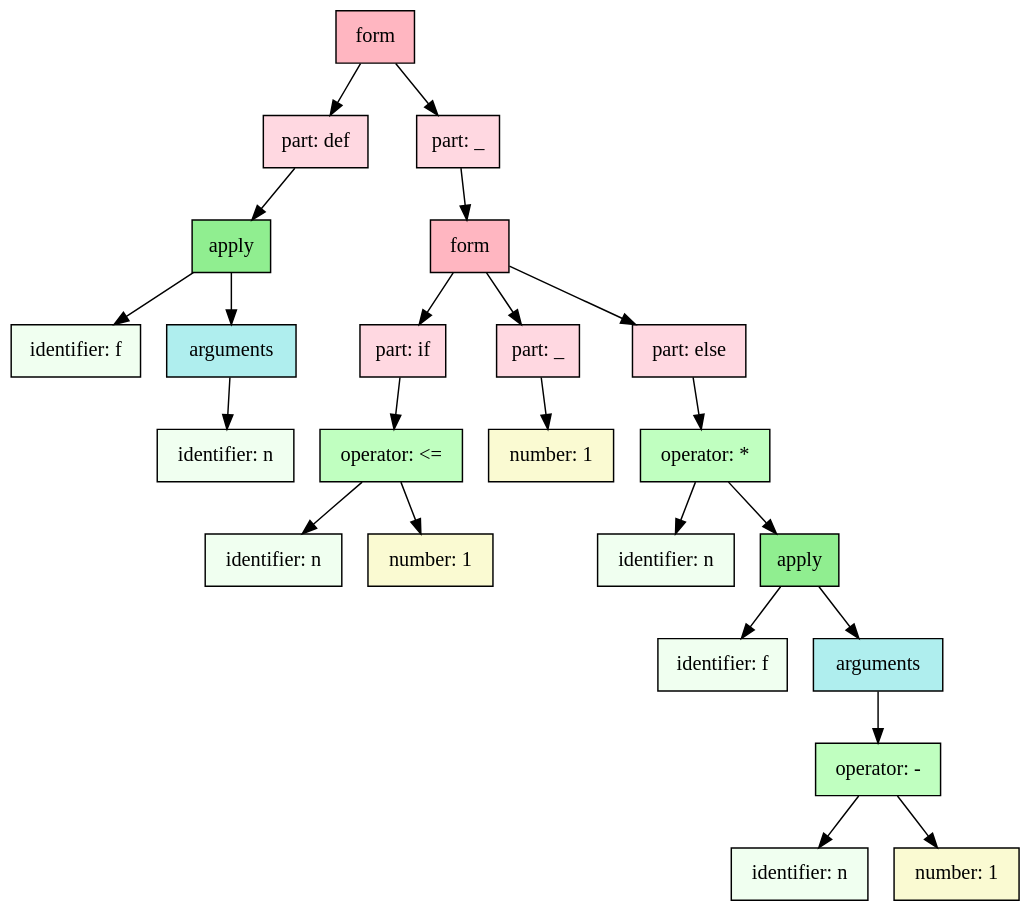
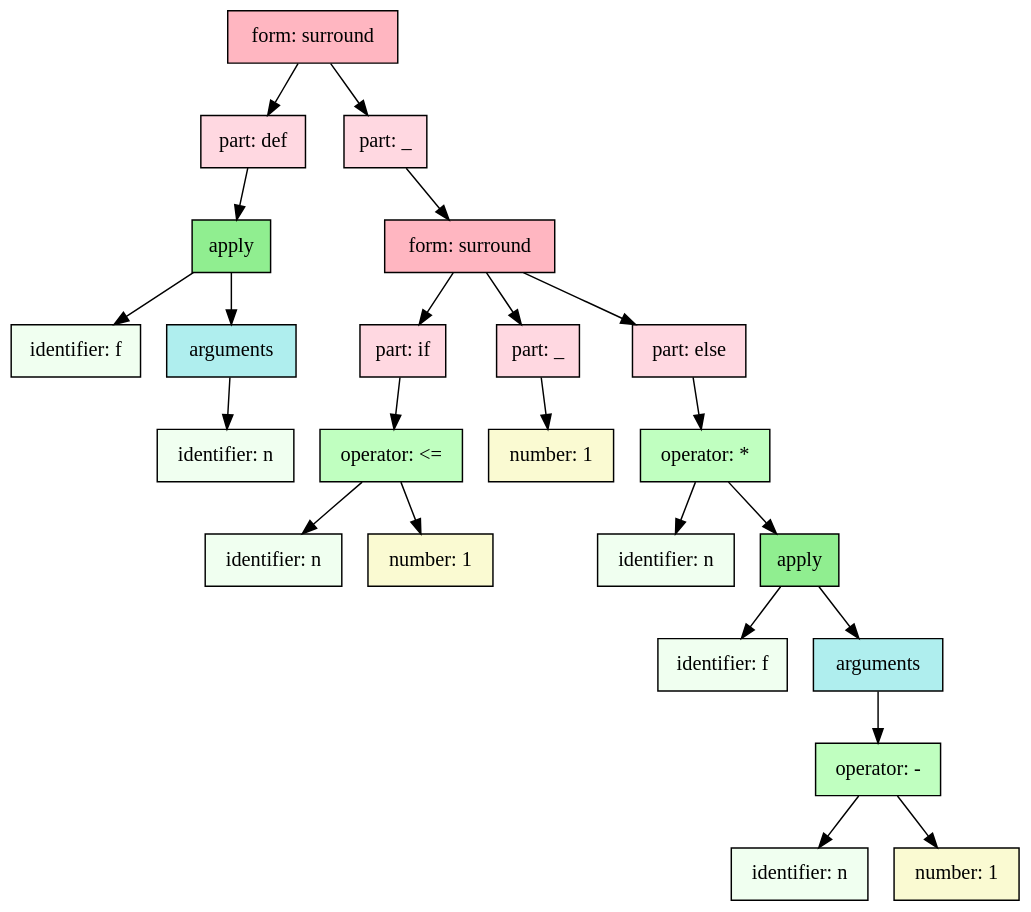
The second of 2 diagrams in docs/factorial.md (monogram-project/monogram-go), drawn with Graphviz before and after one commit. The commit also changed other lines of this file and 15 other files, not shown here.

````diff
--- a/docs/factorial.md
+++ b/docs/factorial.md
@@ -343,51 +352,51 @@
 ```dot
 digraph G {
   bgcolor="transparent";
   node [shape="box", style="filled", fontname="Ubuntu Mono"];
-  "139838052484336" [label="form", shape="box", fillcolor="lightpink"];
-  "139838052484416" [label="part: def", shape="box", fillcolor="#FFD8E1"];
-  "139838052484336" -> "139838052484416";
-  "139838052484496" [label="apply", shape="box", fillcolor="lightgreen"];
-  "139838052484416" -> "139838052484496";
-  "139838052484576" [label="identifier: f", shape="box", fillcolor="Honeydew"];
-  "139838052484496" -> "139838052484576";
-  "139838052484656" [label="arguments", shape="box", fillcolor="PaleTurquoise"];
-  "139838052484496" -> "139838052484656";
-  "139838052484736" [label="identifier: n", shape="box", fillcolor="Honeydew"];
-  "139838052484656" -> "139838052484736";
-  "139838052484816" [label="part: _", shape="box", fillcolor="#FFD8E1"];
-  "139838052484336" -> "139838052484816";
-  "139838052484896" [label="form", shape="box", fillcolor="lightpink"];
-  "139838052484816" -> "139838052484896";
-  "139838052484976" [label="part: if", shape="box", fillcolor="#FFD8E1"];
-  "139838052484896" -> "139838052484976";
-  "139838052485056" [label="operator: <=", shape="box", fillcolor="#C0FFC0"];
-  "139838052484976" -> "139838052485056";
-  "139838052485136" [label="identifier: n", shape="box", fillcolor="Honeydew"];
-  "139838052485056" -> "139838052485136";
-  "139838052485216" [label="number: 1", shape="box", fillcolor="lightgoldenrodyellow"];
-  "139838052485056" -> "139838052485216";
-  "139838052485296" [label="part: _", shape="box", fillcolor="#FFD8E1"];
-  "139838052484896" -> "139838052485296";
-  "139838052485376" [label="number: 1", shape="box", fillcolor="lightgoldenrodyellow"];
-  "139838052485296" -> "139838052485376";
-  "139838052485456" [label="part: else", shape="box", fillcolor="#FFD8E1"];
-  "139838052484896" -> "139838052485456";
-  "139838052485536" [label="operator: *", shape="box", fillcolor="#C0FFC0"];
-  "139838052485456" -> "139838052485536";
-  "139838052485616" [label="identifier: n", shape="box", fillcolor="Honeydew"];
-  "139838052485536" -> "139838052485616";
-  "139838052485696" [label="apply", shape="box", fillcolor="lightgreen"];
-  "139838052485536" -> "139838052485696";
-  "139838052485856" [label="identifier: f", shape="box", fillcolor="Honeydew"];
-  "139838052485696" -> "139838052485856";
-  "139838052486016" [label="arguments", shape="box", fillcolor="PaleTurquoise"];
-  "139838052485696" -> "139838052486016";
-  "139838052486176" [label="operator: -", shape="box", fillcolor="#C0FFC0"];
-  "139838052486016" -> "139838052486176";
-  "139838052486336" [label="identifier: n", shape="box", fillcolor="Honeydew"];
-  "139838052486176" -> "139838052486336";
-  "139838052486496" [label="number: 1", shape="box", fillcolor="lightgoldenrodyellow"];
-  "139838052486176" -> "139838052486496";
+  "node_0xc00007c9c0" [label="form: surround", shape="box", fillcolor="lightpink"];
+  "node_0xc00007c360" [label="part: def", shape="box", fillcolor="#FFD8E1"];
+  "node_0xc00007c9c0" -> "node_0xc00007c360";
+  "node_0xc00007c300" [label="apply", shape="box", fillcolor="lightgreen"];
+  "node_0xc00007c360" -> "node_0xc00007c300";
+  "node_0xc00007c210" [label="identifier: f", shape="box", fillcolor="Honeydew"];
+  "node_0xc00007c300" -> "node_0xc00007c210";
+  "node_0xc00007c2a0" [label="arguments", shape="box", fillcolor="PaleTurquoise"];
+  "node_0xc00007c300" -> "node_0xc00007c2a0";
+  "node_0xc00007c270" [label="identifier: n", shape="box", fillcolor="Honeydew"];
+  "node_0xc00007c2a0" -> "node_0xc00007c270";
+  "node_0xc00007c990" [label="part: _", shape="box", fillcolor="#FFD8E1"];
+  "node_0xc00007c9c0" -> "node_0xc00007c990";
+  "node_0xc00007c900" [label="form: surround", shape="box", fillcolor="lightpink"];
+  "node_0xc00007c990" -> "node_0xc00007c900";
+  "node_0xc00007c4e0" [label="part: if", shape="box", fillcolor="#FFD8E1"];
+  "node_0xc00007c900" -> "node_0xc00007c4e0";
+  "node_0xc00007c480" [label="operator: <=", shape="box", fillcolor="#C0FFC0"];
+  "node_0xc00007c4e0" -> "node_0xc00007c480";
+  "node_0xc00007c3c0" [label="identifier: n", shape="box", fillcolor="Honeydew"];
+  "node_0xc00007c480" -> "node_0xc00007c3c0";
+  "node_0xc00007c420" [label="number: 1", shape="box", fillcolor="lightgoldenrodyellow"];
+  "node_0xc00007c480" -> "node_0xc00007c420";
+  "node_0xc00007c5a0" [label="part: _", shape="box", fillcolor="#FFD8E1"];
+  "node_0xc00007c900" -> "node_0xc00007c5a0";
+  "node_0xc00007c540" [label="number: 1", shape="box", fillcolor="lightgoldenrodyellow"];
+  "node_0xc00007c5a0" -> "node_0xc00007c540";
+  "node_0xc00007c8d0" [label="part: else", shape="box", fillcolor="#FFD8E1"];
+  "node_0xc00007c900" -> "node_0xc00007c8d0";
+  "node_0xc00007c870" [label="operator: *", shape="box", fillcolor="#C0FFC0"];
+  "node_0xc00007c8d0" -> "node_0xc00007c870";
+  "node_0xc00007c600" [label="identifier: n", shape="box", fillcolor="Honeydew"];
+  "node_0xc00007c870" -> "node_0xc00007c600";
+  "node_0xc00007c810" [label="apply", shape="box", fillcolor="lightgreen"];
+  "node_0xc00007c870" -> "node_0xc00007c810";
+  "node_0xc00007c660" [label="identifier: f", shape="box", fillcolor="Honeydew"];
+  "node_0xc00007c810" -> "node_0xc00007c660";
+  "node_0xc00007c7b0" [label="arguments", shape="box", fillcolor="PaleTurquoise"];
+  "node_0xc00007c810" -> "node_0xc00007c7b0";
+  "node_0xc00007c780" [label="operator: -", shape="box", fillcolor="#C0FFC0"];
+  "node_0xc00007c7b0" -> "node_0xc00007c780";
+  "node_0xc00007c6c0" [label="identifier: n", shape="box", fillcolor="Honeydew"];
+  "node_0xc00007c780" -> "node_0xc00007c6c0";
+  "node_0xc00007c720" [label="number: 1", shape="box", fillcolor="lightgoldenrodyellow"];
+  "node_0xc00007c780" -> "node_0xc00007c720";
 }
 ```
````
